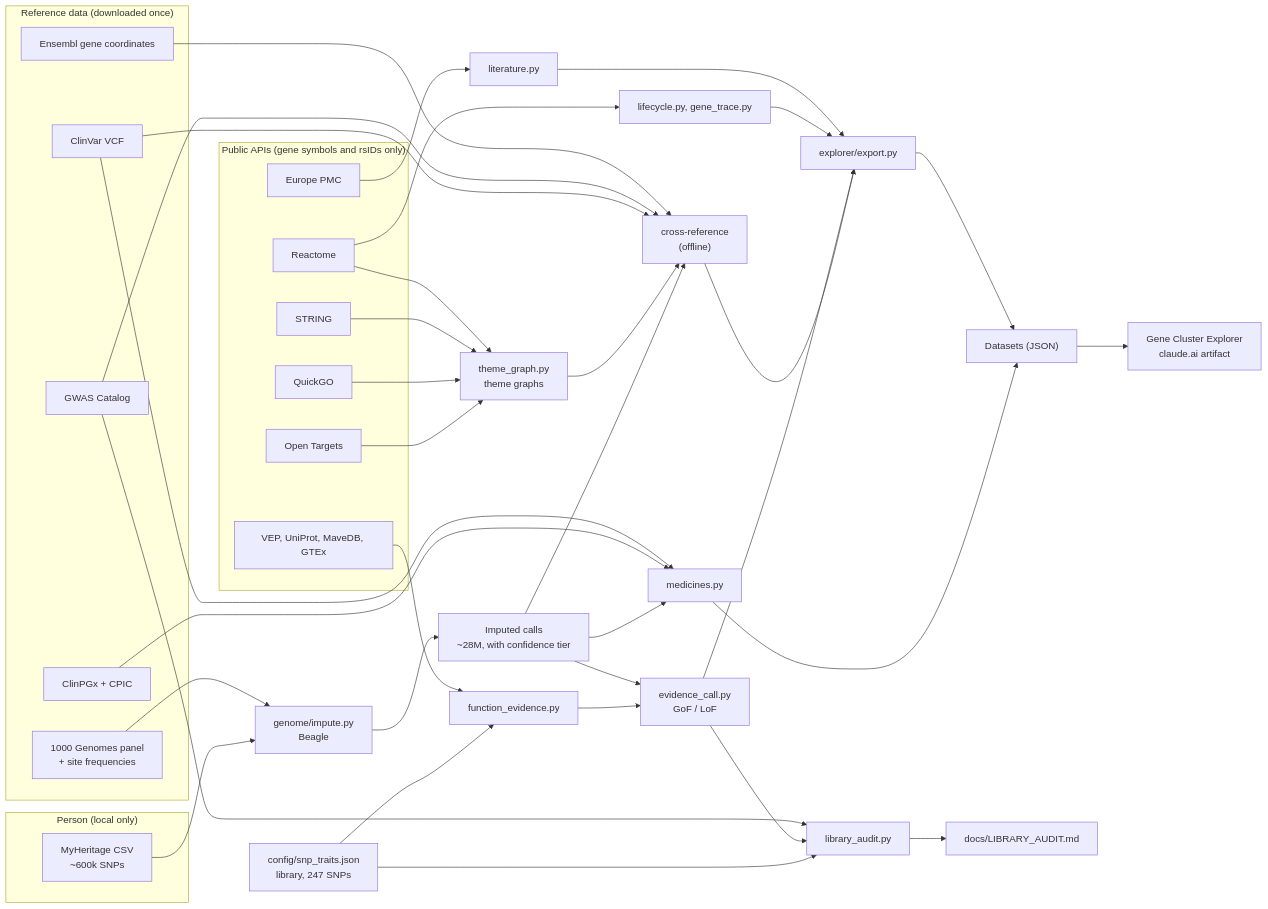
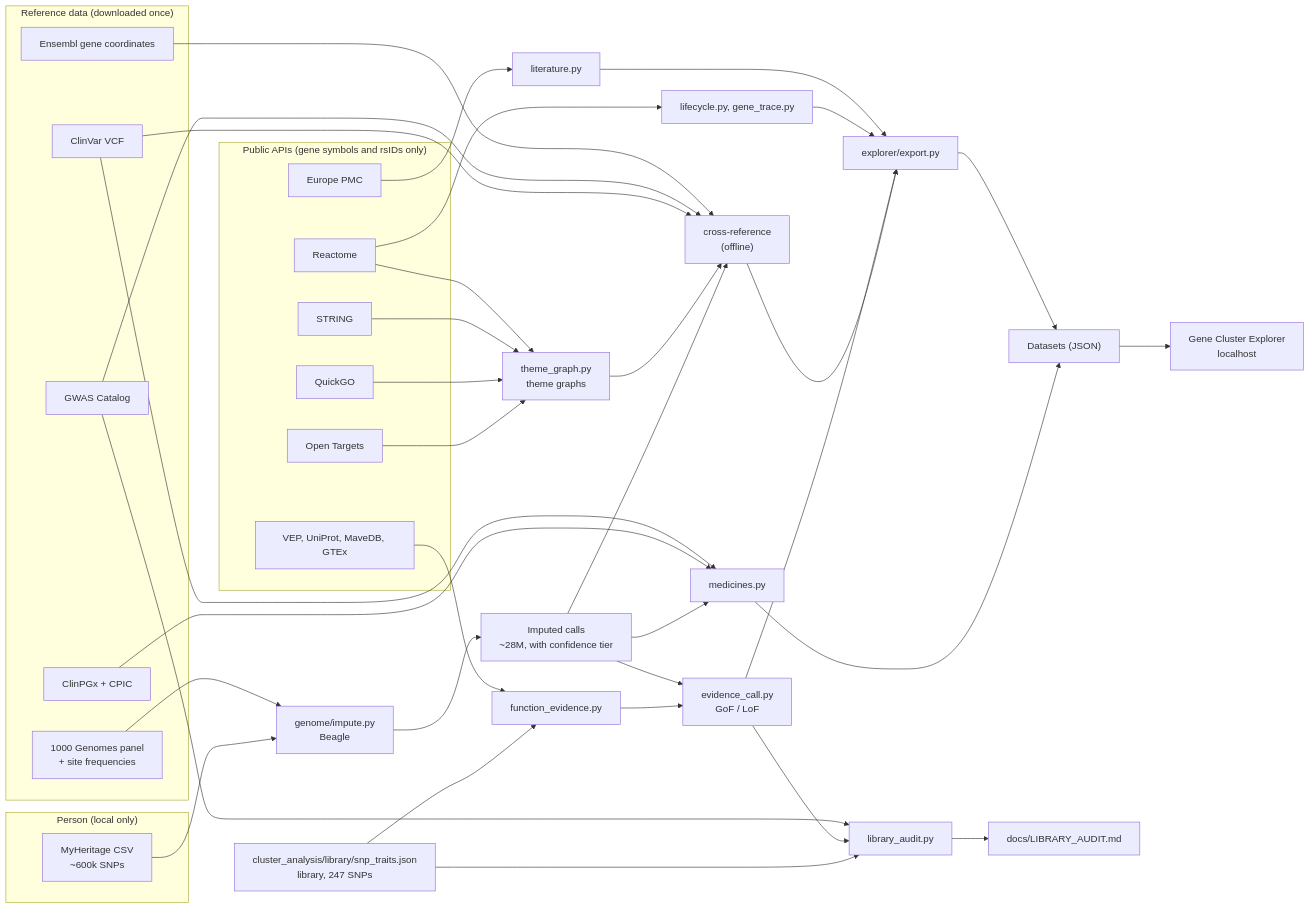
Before and after one commit to Lyceriuss/DNA-Analyzer: the first of 3 diagrams in docs/architecture/README.md, drawn with Mermaid. The commit also changed other lines of this file and 46 other files, not shown here.

````diff
--- a/docs/architecture/README.md
+++ b/docs/architecture/README.md
@@ -20,49 +20,49 @@
 ```mermaid
 flowchart LR
     subgraph IN["Person (local only)"]
         CSV["MyHeritage CSV<br/>~600k SNPs"]
     end
     subgraph REF["Reference data (downloaded once)"]
         KG["1000 Genomes panel<br/>+ site frequencies"]
         CV["ClinVar VCF"]
         GW["GWAS Catalog"]
         PGX["ClinPGx + CPIC"]
         GTF["Ensembl gene coordinates"]
     end
     subgraph API["Public APIs (gene symbols and rsIDs only)"]
         OT["Open Targets"]
         GO["QuickGO"]
         ST["STRING"]
         RX["Reactome"]
         EV["VEP, UniProt, MaveDB, GTEx"]
         LIT["Europe PMC"]
     end
-    LIB["config/snp_traits.json<br/>library, 247 SNPs"]
+    LIB["cluster_analysis/library/snp_traits.json<br/>library, 247 SNPs"]
 
     CSV --> IMP["genome/impute.py<br/>Beagle"]
     KG --> IMP
     IMP --> CALLS["Imputed calls<br/>~28M, with confidence tier"]
 
     OT & GO & ST & RX --> TG["theme_graph.py<br/>theme graphs"]
     LIB --> FE["function_evidence.py"]
     EV --> FE
     FE --> EC["evidence_call.py<br/>GoF / LoF"]
     RX --> LC["lifecycle.py, gene_trace.py"]
     LIT --> LITPY["literature.py"]
 
     CALLS --> XR["cross-reference<br/>(offline)"]
     TG --> XR
     CV & GW & GTF --> XR
     CALLS --> MED["medicines.py"]
     PGX & CV --> MED
     CALLS --> EC
 
     XR & EC & LC & LITPY --> EXP["explorer/export.py"]
     MED --> DS
     EXP --> DS["Datasets (JSON)"]
-    DS --> UI["Gene Cluster Explorer<br/>claude.ai artifact"]
+    DS --> UI["Gene Cluster Explorer<br/>localhost"]
     LIB --> AUD["library_audit.py"]
     EC --> AUD
     GW --> AUD
     AUD --> DOC["docs/LIBRARY_AUDIT.md"]
 ```
````
